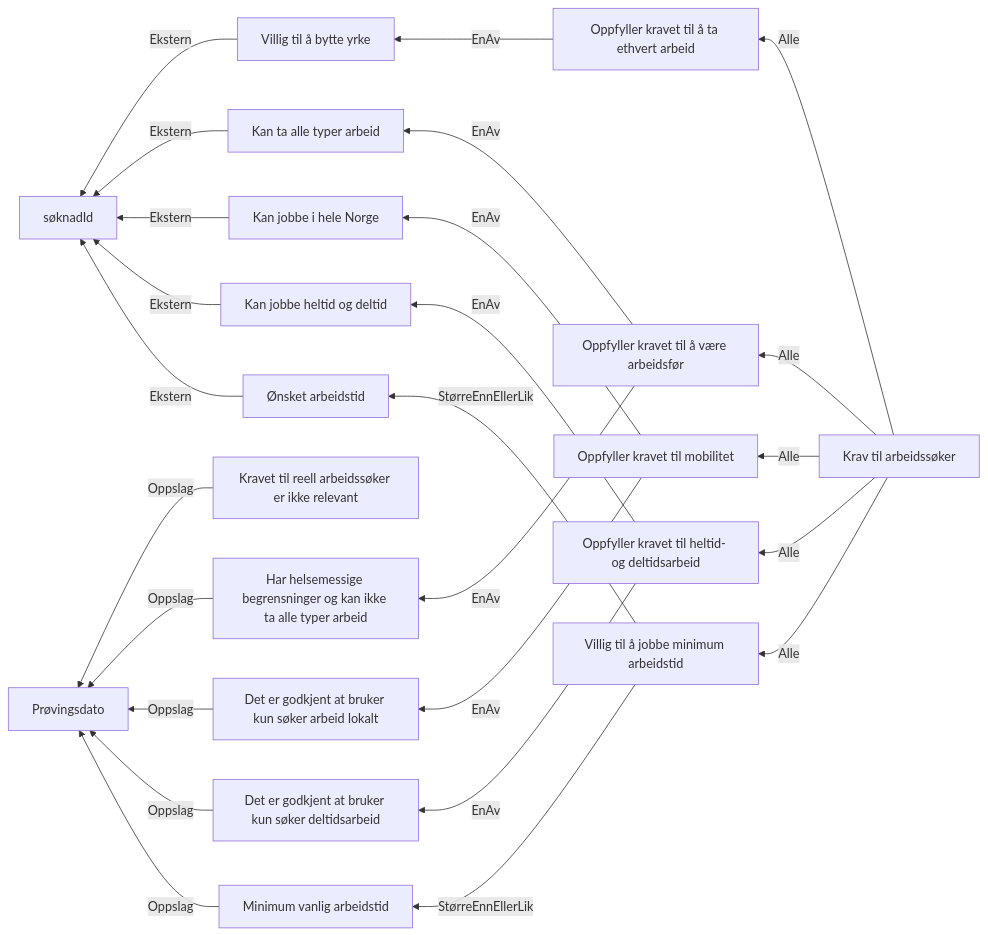
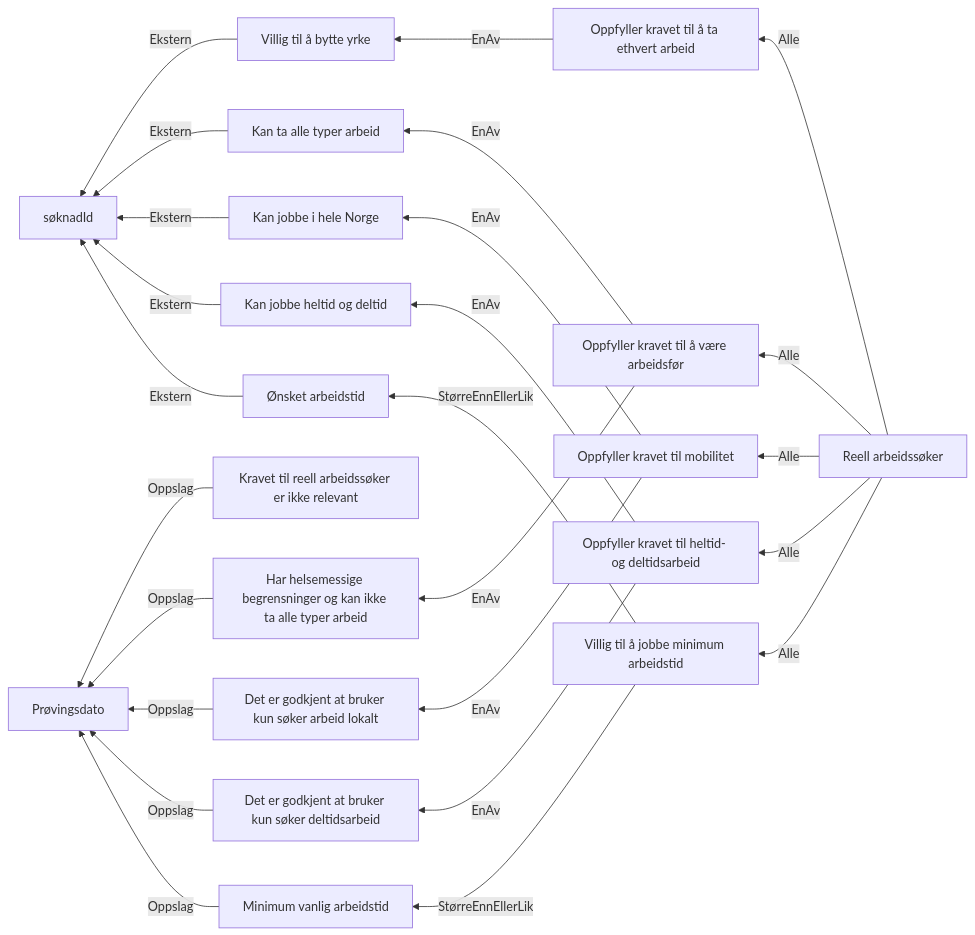
Before and after one commit to navikt/dp-behandling: the diagram in docs/regler/§ 4-5. Reelle arbeidssøkere.approved.md, drawn with Mermaid. The commit also changed 12 other files, not shown here.

````diff
--- a/docs/regler/§ 4-5. Reelle arbeidssøkere.approved.md
+++ b/docs/regler/§ 4-5. Reelle arbeidssøkere.approved.md
@@ -5,27 +5,27 @@
 ```mermaid
 graph RL
   A["Ønsket arbeidstid"] -->|"Ekstern"| B["søknadId"]
   C["Minimum vanlig arbeidstid"] -->|"Oppslag"| D["Prøvingsdato"]
   E["Villig til å jobbe minimum arbeidstid"] -->|"StørreEnnEllerLik"| A["Ønsket arbeidstid"]
   E["Villig til å jobbe minimum arbeidstid"] -->|"StørreEnnEllerLik"| C["Minimum vanlig arbeidstid"]
   F["Kan jobbe heltid og deltid"] -->|"Ekstern"| B["søknadId"]
   G["Det er godkjent at bruker kun søker deltidsarbeid"] -->|"Oppslag"| D["Prøvingsdato"]
   H["Kan jobbe i hele Norge"] -->|"Ekstern"| B["søknadId"]
   I["Det er godkjent at bruker kun søker arbeid lokalt"] -->|"Oppslag"| D["Prøvingsdato"]
   J["Kan ta alle typer arbeid"] -->|"Ekstern"| B["søknadId"]
   K["Har helsemessige begrensninger og kan ikke ta alle typer arbeid"] -->|"Oppslag"| D["Prøvingsdato"]
   L["Villig til å bytte yrke"] -->|"Ekstern"| B["søknadId"]
   M["Oppfyller kravet til heltid- og deltidsarbeid"] -->|"EnAv"| F["Kan jobbe heltid og deltid"]
   M["Oppfyller kravet til heltid- og deltidsarbeid"] -->|"EnAv"| G["Det er godkjent at bruker kun søker deltidsarbeid"]
   N["Oppfyller kravet til mobilitet"] -->|"EnAv"| H["Kan jobbe i hele Norge"]
   N["Oppfyller kravet til mobilitet"] -->|"EnAv"| I["Det er godkjent at bruker kun søker arbeid lokalt"]
   O["Oppfyller kravet til å være arbeidsfør"] -->|"EnAv"| J["Kan ta alle typer arbeid"]
   O["Oppfyller kravet til å være arbeidsfør"] -->|"EnAv"| K["Har helsemessige begrensninger og kan ikke ta alle typer arbeid"]
   P["Oppfyller kravet til å ta ethvert arbeid"] -->|"EnAv"| L["Villig til å bytte yrke"]
-  Q["Krav til arbeidssøker"] -->|"Alle"| E["Villig til å jobbe minimum arbeidstid"]
-  Q["Krav til arbeidssøker"] -->|"Alle"| M["Oppfyller kravet til heltid- og deltidsarbeid"]
-  Q["Krav til arbeidssøker"] -->|"Alle"| N["Oppfyller kravet til mobilitet"]
-  Q["Krav til arbeidssøker"] -->|"Alle"| O["Oppfyller kravet til å være arbeidsfør"]
-  Q["Krav til arbeidssøker"] -->|"Alle"| P["Oppfyller kravet til å ta ethvert arbeid"]
+  Q["Reell arbeidssøker"] -->|"Alle"| E["Villig til å jobbe minimum arbeidstid"]
+  Q["Reell arbeidssøker"] -->|"Alle"| M["Oppfyller kravet til heltid- og deltidsarbeid"]
+  Q["Reell arbeidssøker"] -->|"Alle"| N["Oppfyller kravet til mobilitet"]
+  Q["Reell arbeidssøker"] -->|"Alle"| O["Oppfyller kravet til å være arbeidsfør"]
+  Q["Reell arbeidssøker"] -->|"Alle"| P["Oppfyller kravet til å ta ethvert arbeid"]
   R["Kravet til reell arbeidssøker er ikke relevant"] -->|"Oppslag"| D["Prøvingsdato"]
 ```
````
